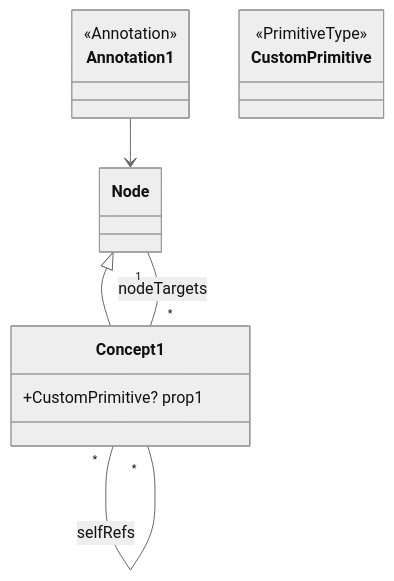
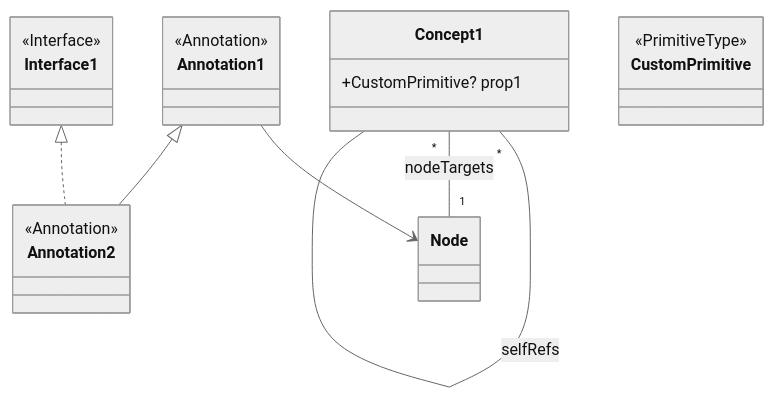
The diagram in packages/test/src/m3/diagrams/test-diagram-expected.md (LionWeb-io/lionweb-typescript), drawn with Mermaid (neutral theme) before and after one commit. The commit also changed 3 other files, not shown here.

````diff
--- a/packages/test/src/m3/diagrams/test-diagram-expected.md
+++ b/packages/test/src/m3/diagrams/test-diagram-expected.md
@@ -1,22 +1,31 @@
 ```mermaid
 classDiagram
 
   class Annotation1
   <<Annotation>> Annotation1
   Annotation1 --> Node
 
+  class Annotation2
+  <<Annotation>> Annotation2
+  Annotation1 <|-- Annotation2
+  Interface1 <|.. Annotation2
+
   class Concept1 {
     +CustomPrimitive? prop1
   }
-  Node <|-- Concept1
 
   class CustomPrimitive
   <<PrimitiveType>> CustomPrimitive
+
+  class Interface1
+  <<Interface>> Interface1
+
 
 
 
   Concept1 "*" -- "*" Concept1: selfRefs
   Concept1 "*" -- "1" Node: nodeTargets
 
 
+
 ```
````
